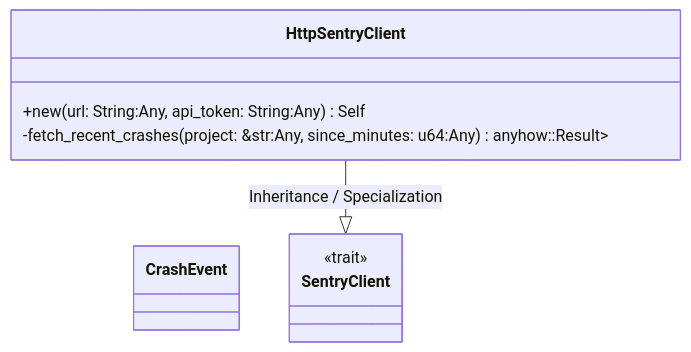
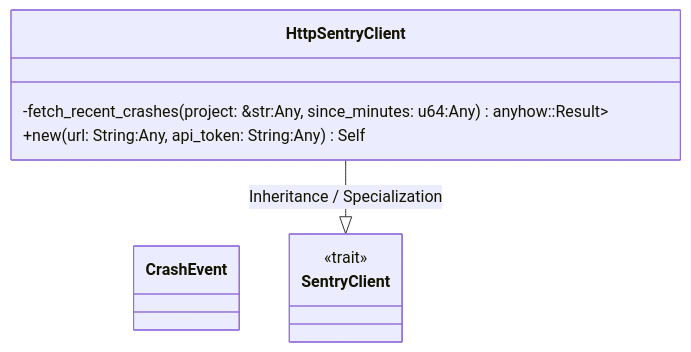
Before and after one commit to lgcorzo/rust_CACD_autonomous_factory: the first of 2 diagrams in openwiki/crates_factory-infrastructure_src_sentry_rs.md, drawn with Mermaid. The commit also changed other lines of this file and 76 other files, not shown here.

````diff
--- a/openwiki/crates_factory-infrastructure_src_sentry_rs.md
+++ b/openwiki/crates_factory-infrastructure_src_sentry_rs.md
@@ -141,15 +141,15 @@
 ```mermaid
 classDiagram
     direction BT
     class CrashEvent {
     }
     class HttpSentryClient {
+        -fetch_recent_crashes(project: &str:Any, since_minutes: u64:Any) anyhow::Result<Vec<CrashEvent>>
         +new(url: String:Any, api_token: String:Any) Self
-        -fetch_recent_crashes(project: &str:Any, since_minutes: u64:Any) anyhow::Result<Vec<CrashEvent>>
     }
     SentryClient <|-- HttpSentryClient : Inheritance / Specialization
     class SentryClient {
         <<trait>>
     }
 
 ```
````
